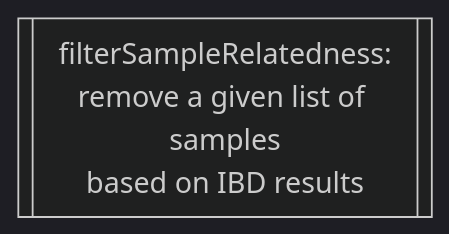
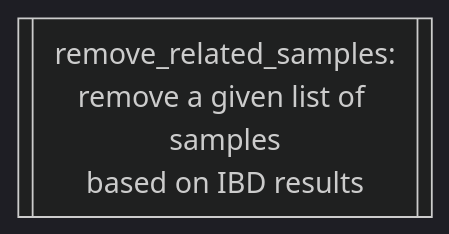
One commit to Tuks-ICMM/Pharmacogenetic-Analysis-Pipeline changed diagram 19 of 26 in docs/02-workflow/02-methodology-summary.md. Above: the diagram before and after it, drawn with Mermaid (dark theme). The commit also changed other lines of this file and 2 other files, not shown here.

````diff
--- a/docs/02-workflow/02-methodology-summary.md
+++ b/docs/02-workflow/02-methodology-summary.md
@@ -771,4 +847,4 @@
   ```mermaid
   flowchart TD
-    filterSampleRelatedness[[filterSampleRelatedness:\nremove a given list of samples\nbased on IBD results]]
+    remove_related_samples[[remove_related_samples:\nremove a given list of samples\nbased on IBD results]]
   ```
````
